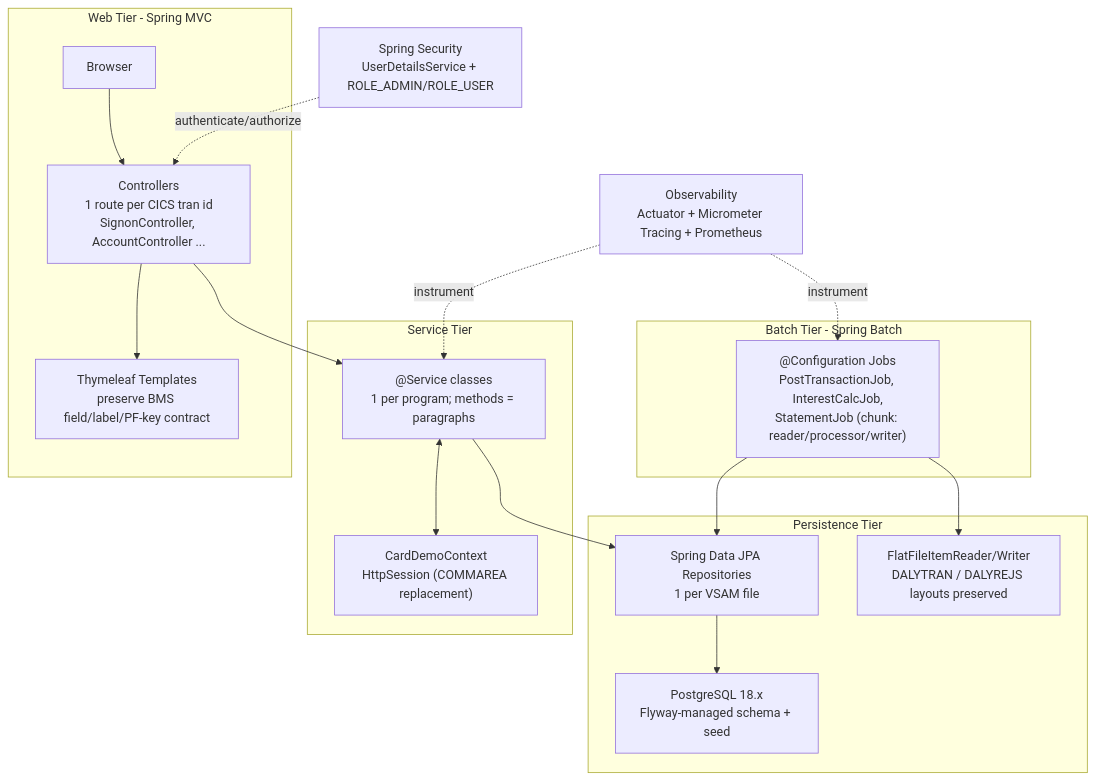
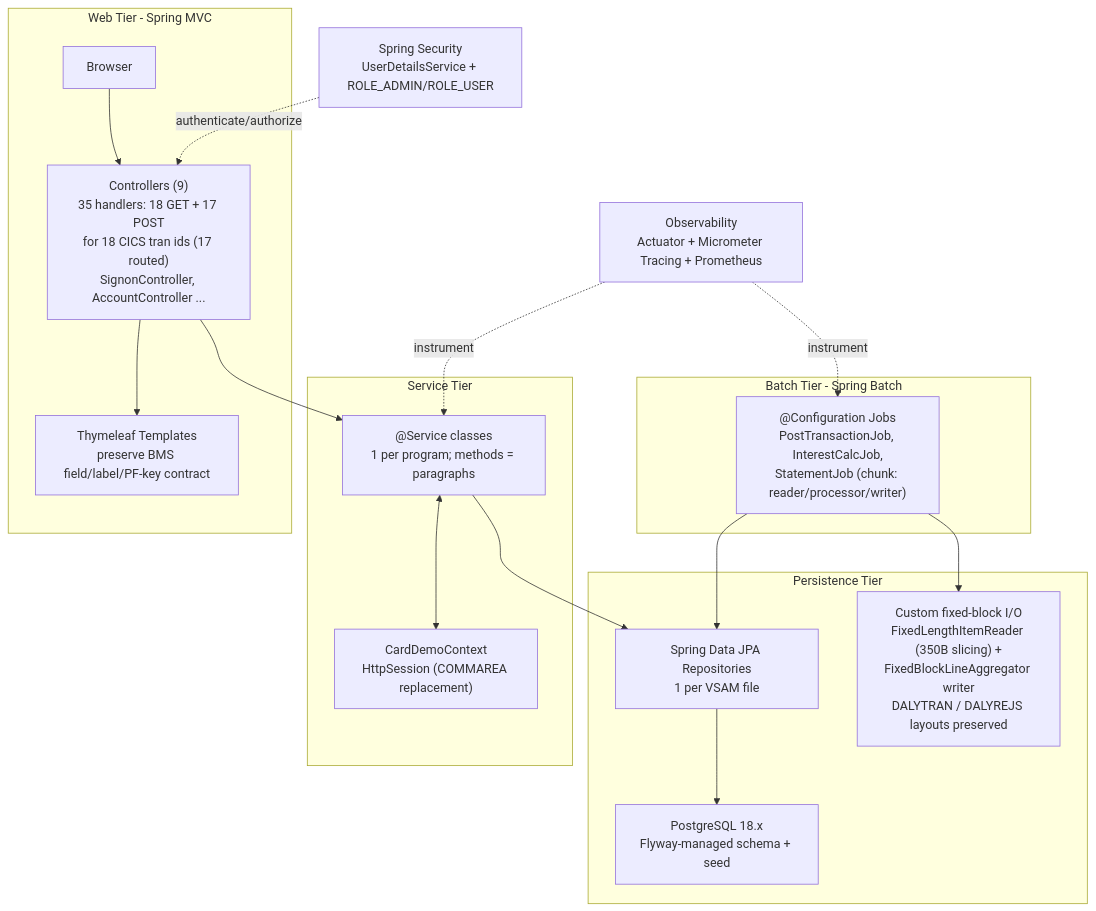
One commit to blitzy-public-samples/aws-carddemo-blitzy changed the second of 2 diagrams in docs/architecture/architecture.md. Above: the diagram before and after it, drawn with Mermaid. The commit also changed other lines of this file and 70 other files, not shown here.

````diff
--- a/docs/architecture/architecture.md
+++ b/docs/architecture/architecture.md
@@ -64,36 +64,36 @@
 ```mermaid
 graph TD
     subgraph WEB["Web Tier - Spring MVC"]
         BR["Browser"]
-        CTRL["Controllers<br/>1 route per CICS tran id<br/>SignonController, AccountController ..."]
+        CTRL["Controllers (9)<br/>35 handlers: 18 GET + 17 POST<br/>for 18 CICS tran ids (17 routed)<br/>SignonController, AccountController ..."]
         TPL["Thymeleaf Templates<br/>preserve BMS field/label/PF-key contract"]
     end
     subgraph SVC["Service Tier"]
         SVCS["@Service classes<br/>1 per program; methods = paragraphs"]
         CTX["CardDemoContext<br/>HttpSession (COMMAREA replacement)"]
     end
     subgraph BATCH2["Batch Tier - Spring Batch"]
         JOBS["@Configuration Jobs<br/>PostTransactionJob, InterestCalcJob,<br/>StatementJob (chunk: reader/processor/writer)"]
     end
     subgraph REPO["Persistence Tier"]
         REPOS["Spring Data JPA Repositories<br/>1 per VSAM file"]
         PG["PostgreSQL 18.x<br/>Flyway-managed schema + seed"]
-        FILES["FlatFileItemReader/Writer<br/>DALYTRAN / DALYREJS layouts preserved"]
+        FILES["Custom fixed-block I/O<br/>FixedLengthItemReader (350B slicing) +<br/>FixedBlockLineAggregator writer<br/>DALYTRAN / DALYREJS layouts preserved"]
     end
     SECX["Spring Security<br/>UserDetailsService + ROLE_ADMIN/ROLE_USER"]
     OBS["Observability<br/>Actuator + Micrometer Tracing + Prometheus"]
 
     BR --> CTRL --> TPL
     CTRL --> SVCS
     SVCS <--> CTX
     SVCS --> REPOS
     JOBS --> REPOS
     JOBS --> FILES
     REPOS --> PG
     SECX -.->|"authenticate/authorize"| CTRL
     OBS -.->|"instrument"| SVCS
     OBS -.->|"instrument"| JOBS
 
     %% Legend: solid arrows = runtime data/control flow; dashed arrows = cross-cutting concerns (security, observability).
     %% Layers: Web (Spring MVC + Thymeleaf), Service (business logic), Batch (Spring Batch), Persistence (JPA + PostgreSQL + flat files).
 ```
````
